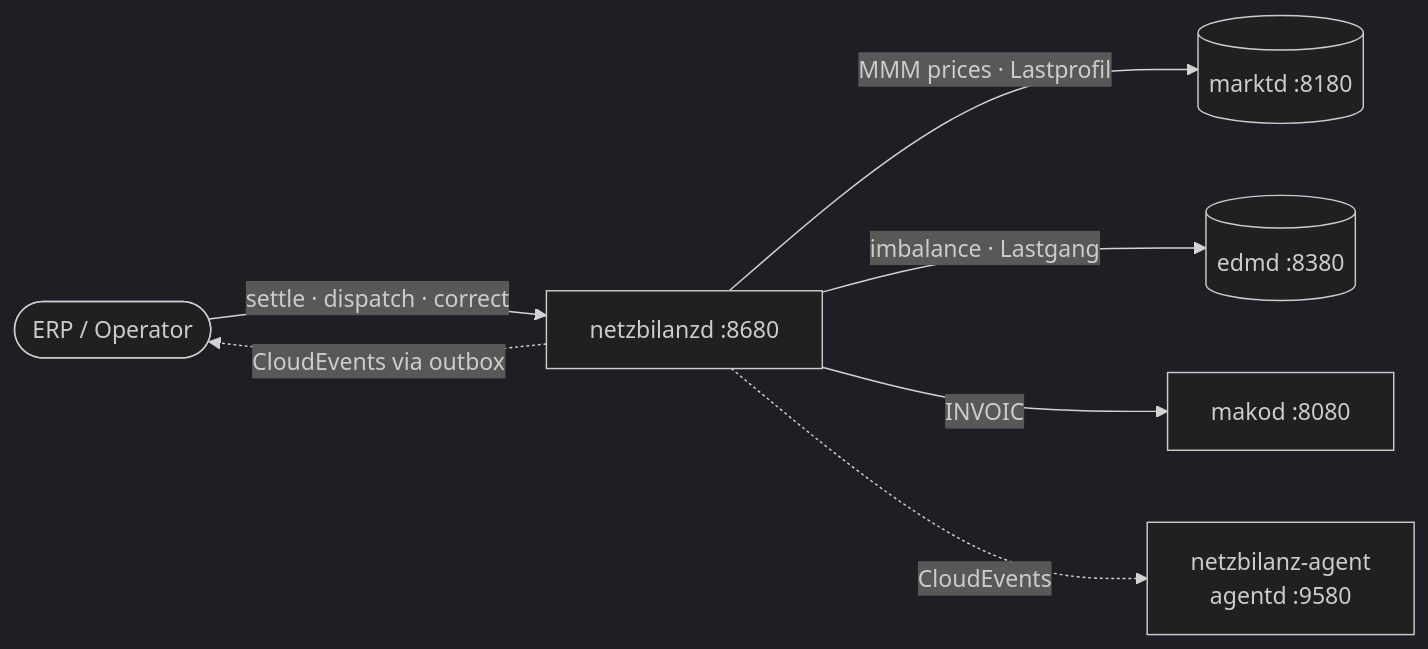
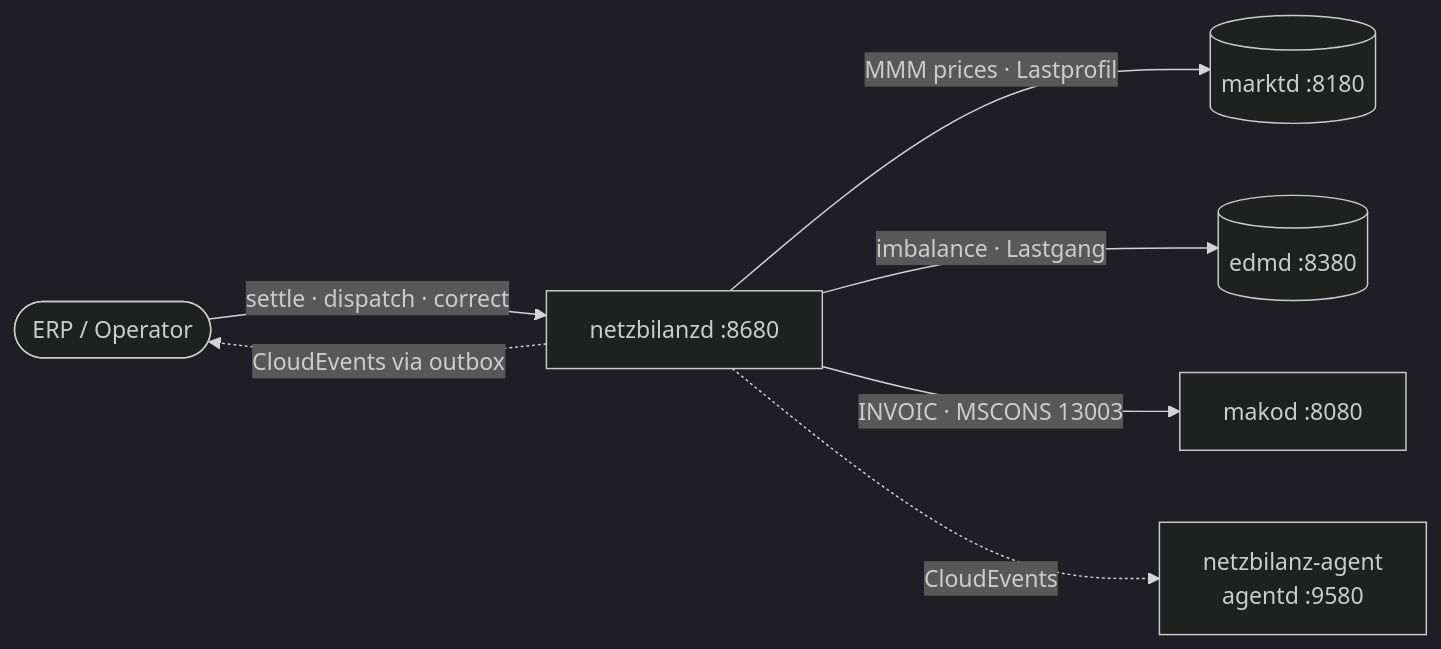
One commit to hupe1980/mako changed the second of 5 diagrams in site/content/docs/services/netzbilanzd.md. Above: the diagram before and after it, drawn with Mermaid (dark theme). The commit also changed other lines of this file and 551 other files, not shown here.

````diff
--- a/site/content/docs/services/netzbilanzd.md
+++ b/site/content/docs/services/netzbilanzd.md
@@ -63,16 +65,16 @@
 ```mermaid
 graph LR
     ERP([ERP / Operator])
     nd[netzbilanzd :8680]
     marktd[(marktd :8180)]
     edmd[(edmd :8380)]
     makod[makod :8080]
     agent[netzbilanz-agent<br/>agentd :9580]
 
     ERP -->|settle · dispatch · correct| nd
     nd -->|MMM prices · Lastprofil| marktd
     nd -->|imbalance · Lastgang| edmd
-    nd -->|INVOIC| makod
+    nd -->|INVOIC · MSCONS 13003| makod
     nd -.->|CloudEvents via outbox| ERP
     nd -.->|CloudEvents| agent
 ```
````
